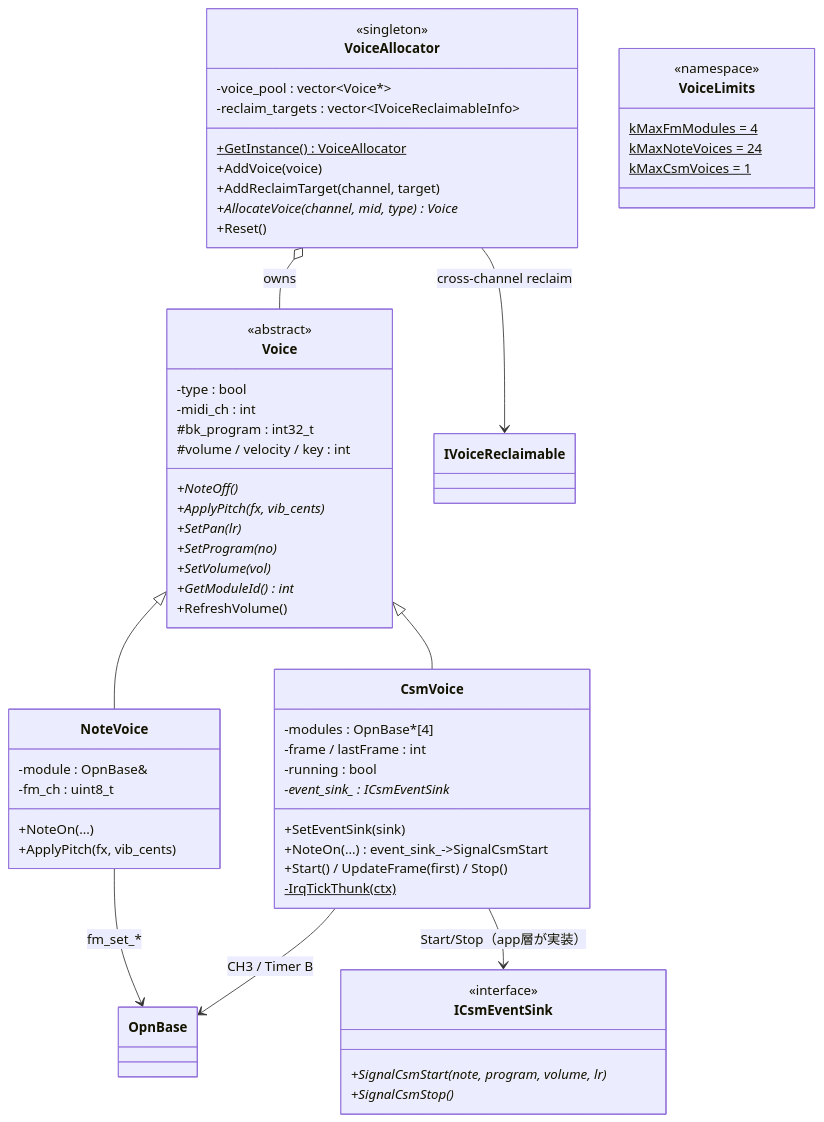
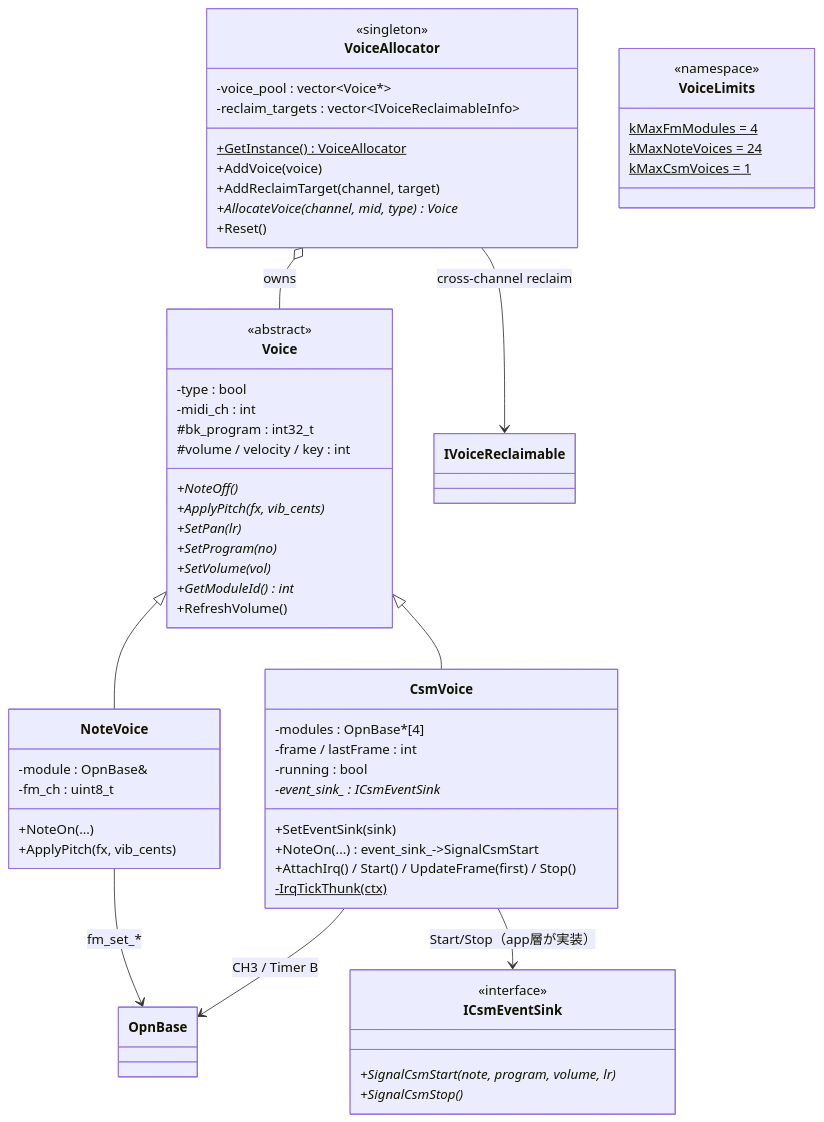
The second of 2 diagrams in doc/domain/domain_synth.md (46nori/FMSynthEnsembleV3), drawn with Mermaid before and after one commit. The commit also changed 7 other files, not shown here.

First line of the commit message:
fix: FM /IRQ を CsmFrameTask（Core1）で登録し、割り込み優先度を修正する (#54)

````diff
--- a/doc/domain/domain_synth.md
+++ b/doc/domain/domain_synth.md
@@ -96,67 +96,67 @@
 ```mermaid
 classDiagram
     class Voice {
         <<abstract>>
         -type : bool
         -midi_ch : int
         #bk_program : int32_t
         #volume / velocity / key : int
         +NoteOff()*
         +ApplyPitch(fx, vib_cents)*
         +SetPan(lr)*
         +SetProgram(no)*
         +SetVolume(vol)*
         +GetModuleId() int*
         +RefreshVolume()
     }
 
     class NoteVoice {
         -module : OpnBase&
         -fm_ch : uint8_t
         +NoteOn(...)
         +ApplyPitch(fx, vib_cents)
     }
 
     class CsmVoice {
         -modules : OpnBase*[4]
         -frame / lastFrame : int
         -running : bool
         -event_sink_ : ICsmEventSink*
         +SetEventSink(sink)
         +NoteOn(...)  event_sink_->SignalCsmStart
-        +Start() / UpdateFrame(first) / Stop()
+        +AttachIrq() / Start() / UpdateFrame(first) / Stop()
         -IrqTickThunk(ctx)$
     }
 
     class ICsmEventSink {
         <<interface>>
         +SignalCsmStart(note, program, volume, lr)*
         +SignalCsmStop()*
     }
 
     class VoiceAllocator {
         <<singleton>>
         -voice_pool : vector~Voice*~
         -reclaim_targets : vector~IVoiceReclaimableInfo~
         +GetInstance() VoiceAllocator$
         +AddVoice(voice)
         +AddReclaimTarget(channel, target)
         +AllocateVoice(channel, mid, type) Voice*
         +Reset()
     }
 
     class VoiceLimits {
         <<namespace>>
         kMaxFmModules = 4$
         kMaxNoteVoices = 24$
         kMaxCsmVoices = 1$
     }
 
     Voice <|-- NoteVoice
     Voice <|-- CsmVoice
     VoiceAllocator o-- Voice : owns
     VoiceAllocator --> IVoiceReclaimable : cross-channel reclaim
     NoteVoice --> OpnBase : fm_set_*
     CsmVoice --> OpnBase : CH3 / Timer B
     CsmVoice --> ICsmEventSink : Start/Stop（app層が実装）
 ```
````
